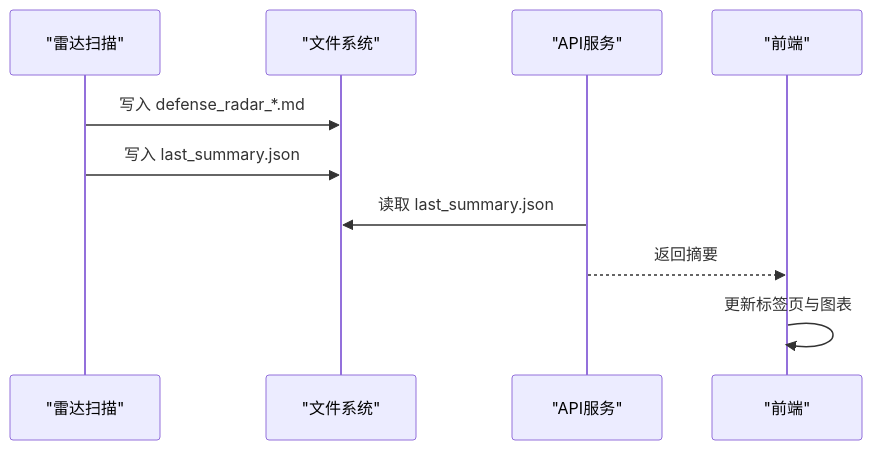
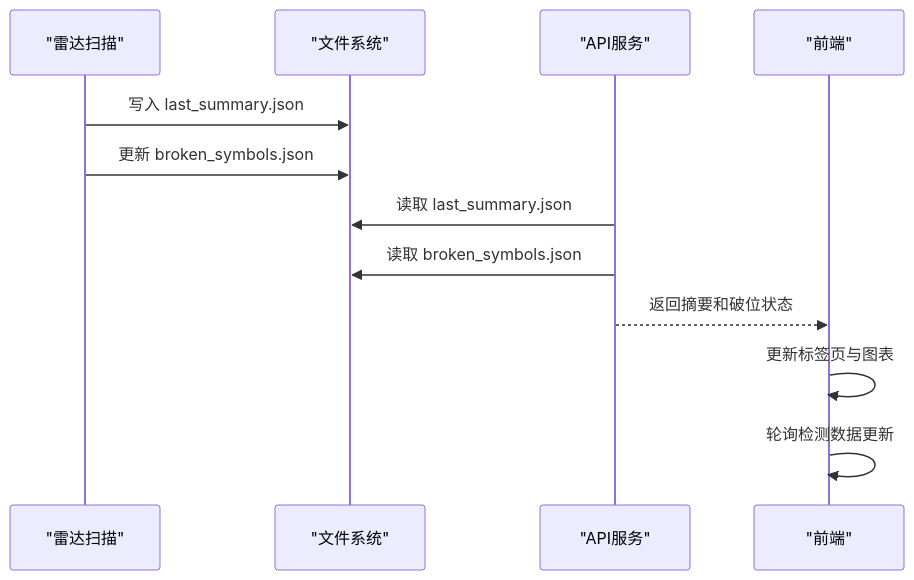
The sixth of 7 diagrams in .qoder/repowiki/zh/content/双防线雷达系统/双防线雷达系统.md (dexy1024/fin-analysis), drawn with Mermaid before and after one commit. The commit also changed other lines of this file and 8 other files, not shown here.

````diff
--- a/.qoder/repowiki/zh/content/双防线雷达系统/双防线雷达系统.md
+++ b/.qoder/repowiki/zh/content/双防线雷达系统/双防线雷达系统.md
@@ -238,12 +263,14 @@
 ```mermaid
 sequenceDiagram
 participant Radar as "雷达扫描"
 participant FS as "文件系统"
 participant API as "API服务"
 participant FE as "前端"
-Radar->>FS : 写入 defense_radar_*.md
 Radar->>FS : 写入 last_summary.json
+Radar->>FS : 更新 broken_symbols.json
 API->>FS : 读取 last_summary.json
-API-->>FE : 返回摘要
+API->>FS : 读取 broken_symbols.json
+API-->>FE : 返回摘要和破位状态
 FE->>FE : 更新标签页与图表
+FE->>FE : 轮询检测数据更新
 ```
````
